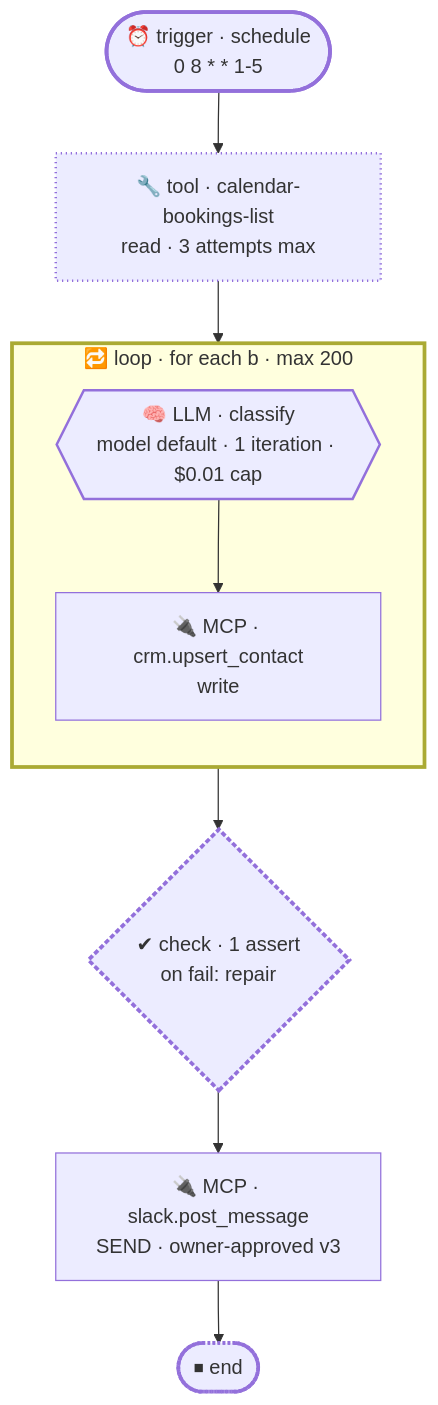
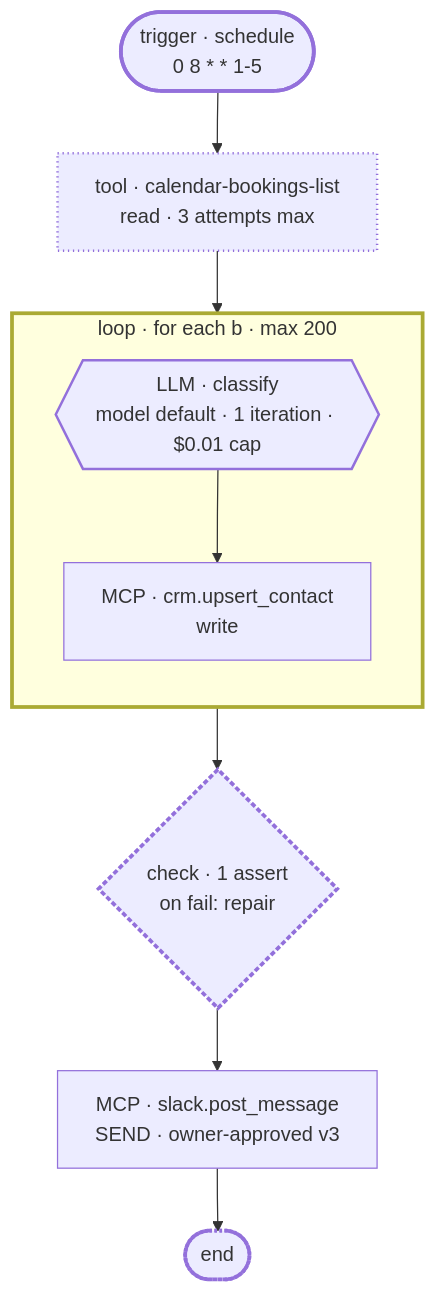
The diagram in app/shared/flow/__tests__/__snapshots__/daily-booking-triage.status.mmd (Axia-Growth/OperationKit), drawn with Mermaid before and after one commit. The commit also changed 418 other files, not shown here.

```diff
--- a/app/shared/flow/__tests__/__snapshots__/daily-booking-triage.status.mmd
+++ b/app/shared/flow/__tests__/__snapshots__/daily-booking-triage.status.mmd
@@ -1,37 +1,37 @@
 flowchart TD
   classDef llm stroke-width:2px
   classDef agent stroke-width:2px
   classDef write stroke-width:1px
   classDef send stroke-width:2px
   classDef spend stroke-width:2px
   classDef succeeded stroke-width:3px
   classDef failed stroke-width:3px,stroke-dasharray:4 2
   classDef running stroke-width:3px
   classDef waiting stroke-width:3px,stroke-dasharray:2 2
   classDef skipped stroke-width:1px
   classDef mocked stroke-width:2px,stroke-dasharray:1 3
-  n_start(["⏰ trigger · schedule<br/>0 8 * * 1-5"])
-  n_fetch["🔧 tool · calendar-bookings-list<br/>read · 3 attempts max"]
-  subgraph n_each ["🔁 loop · for each b · max 200"]
+  n_start(["trigger · schedule<br/>0 8 * * 1-5"])
+  n_fetch["tool · calendar-bookings-list<br/>read · 3 attempts max"]
+  subgraph n_each ["loop · for each b · max 200"]
     direction TB
-    n_classify{{"🧠 LLM · classify<br/>model default · 1 iteration · $0.01 cap"}}
-    n_upsert_one["🔌 MCP · crm.upsert_contact<br/>write"]
+    n_classify{{"LLM · classify<br/>model default · 1 iteration · $0.01 cap"}}
+    n_upsert_one["MCP · crm.upsert_contact<br/>write"]
   end
-  n_upsert{"✔ check · 1 assert<br/>on fail: repair"}
-  n_notify["🔌 MCP · slack.post_message<br/>SEND · owner-approved v3"]
-  n_done(["⏹ end"])
+  n_upsert{"check · 1 assert<br/>on fail: repair"}
+  n_notify["MCP · slack.post_message<br/>SEND · owner-approved v3"]
+  n_done(["end"])
   n_start --> n_fetch
   n_fetch --> n_each
   n_classify --> n_upsert_one
   n_each --> n_upsert
   n_upsert --> n_notify
   n_notify --> n_done
   class n_classify llm
   class n_upsert_one write
   class n_notify send
   class n_start succeeded
   class n_upsert failed
   class n_each running
   class n_done waiting
   class n_notify skipped
   class n_fetch mocked
```
